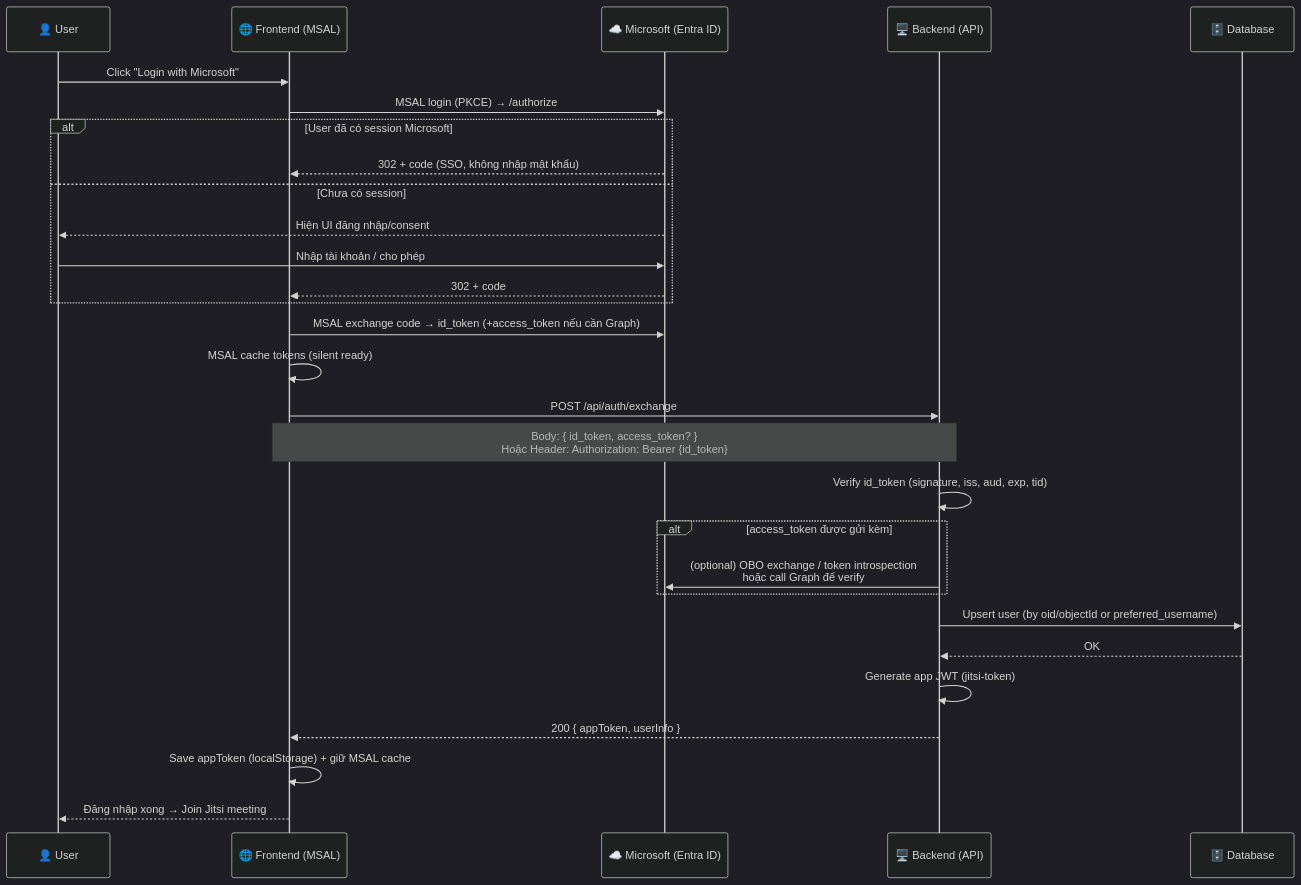
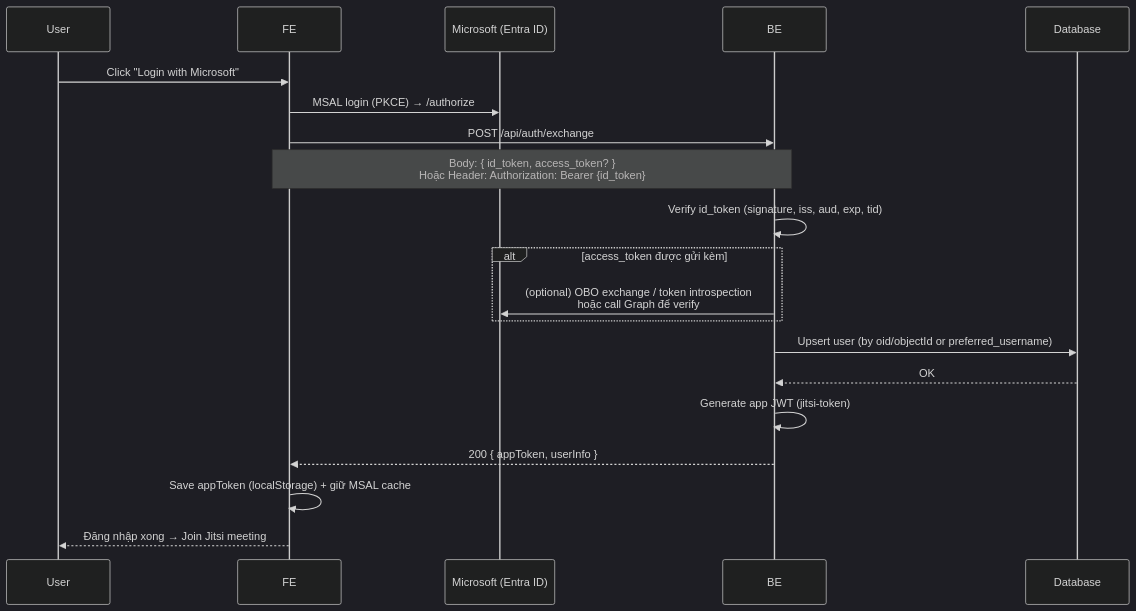
The first of 2 diagrams in projects/GEM/video-conference/auth-flow-v2.md (pnam16/foam), drawn with Mermaid (dark theme) before and after one commit.

Commit message:
Oct 24, 2025, 5:00 PM

````diff
--- a/projects/GEM/video-conference/auth-flow-v2.md
+++ b/projects/GEM/video-conference/auth-flow-v2.md
@@ -36,35 +36,25 @@
 ```mermaid
 sequenceDiagram
-    participant U as 👤 User
-    participant F as 🌐 Frontend (MSAL)
-    participant M as ☁️ Microsoft (Entra ID)
-    participant B as 🖥️ Backend (API)
-    participant DB as 🗄️ Database
+  participant U as User
+  participant F as FE
+  participant M as Microsoft (Entra ID)
+  participant B as BE
+  participant DB as Database
 
   U->>F: Click "Login with Microsoft"
   F->>M: MSAL login (PKCE) → /authorize
-  alt User đã có session Microsoft
-      M-->>F: 302 + code (SSO, không nhập mật khẩu)
-  else Chưa có session
-      M-->>U: Hiện UI đăng nhập/consent
-      U->>M: Nhập tài khoản / cho phép
-      M-->>F: 302 + code
-  end
-  F->>M: MSAL exchange code → id_token (+access_token nếu cần Graph)
-  F->>F: MSAL cache tokens (silent ready)
 
   F->>B: POST /api/auth/exchange
   Note over F,B: Body: { id_token, access_token? }<br/>Hoặc Header: Authorization: Bearer {id_token}
 
   B->>B: Verify id_token (signature, iss, aud, exp, tid)
   alt access_token được gửi kèm
       B->>M: (optional) OBO exchange / token introspection<br/>hoặc call Graph để verify
   end
   B->>DB: Upsert user (by oid/objectId or preferred_username)
   DB-->>B: OK
   B->>B: Generate app JWT (jitsi-token)
   B-->>F: 200 { appToken, userInfo }
   F->>F: Save appToken (localStorage) + giữ MSAL cache
   F-->>U: Đăng nhập xong → Join Jitsi meeting
-
 ```
````
